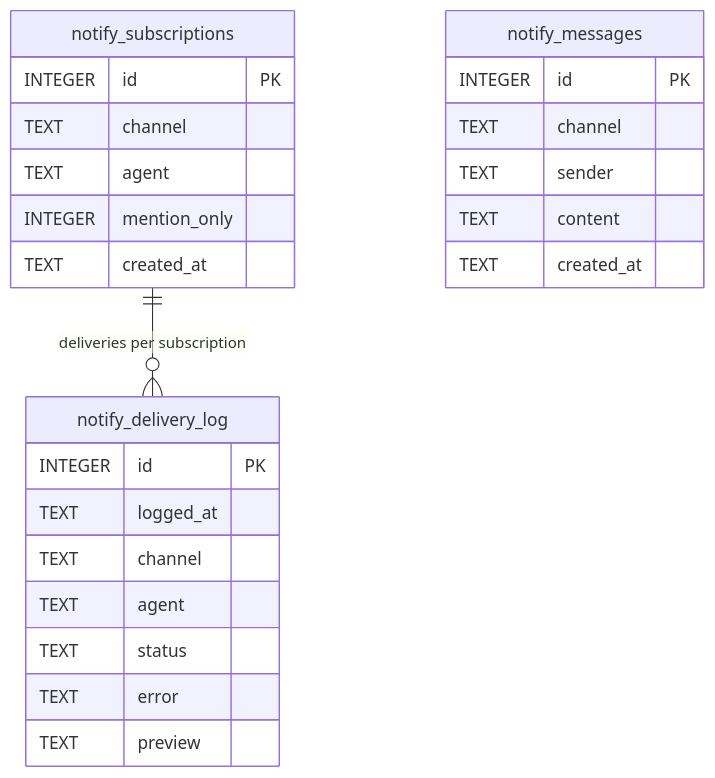
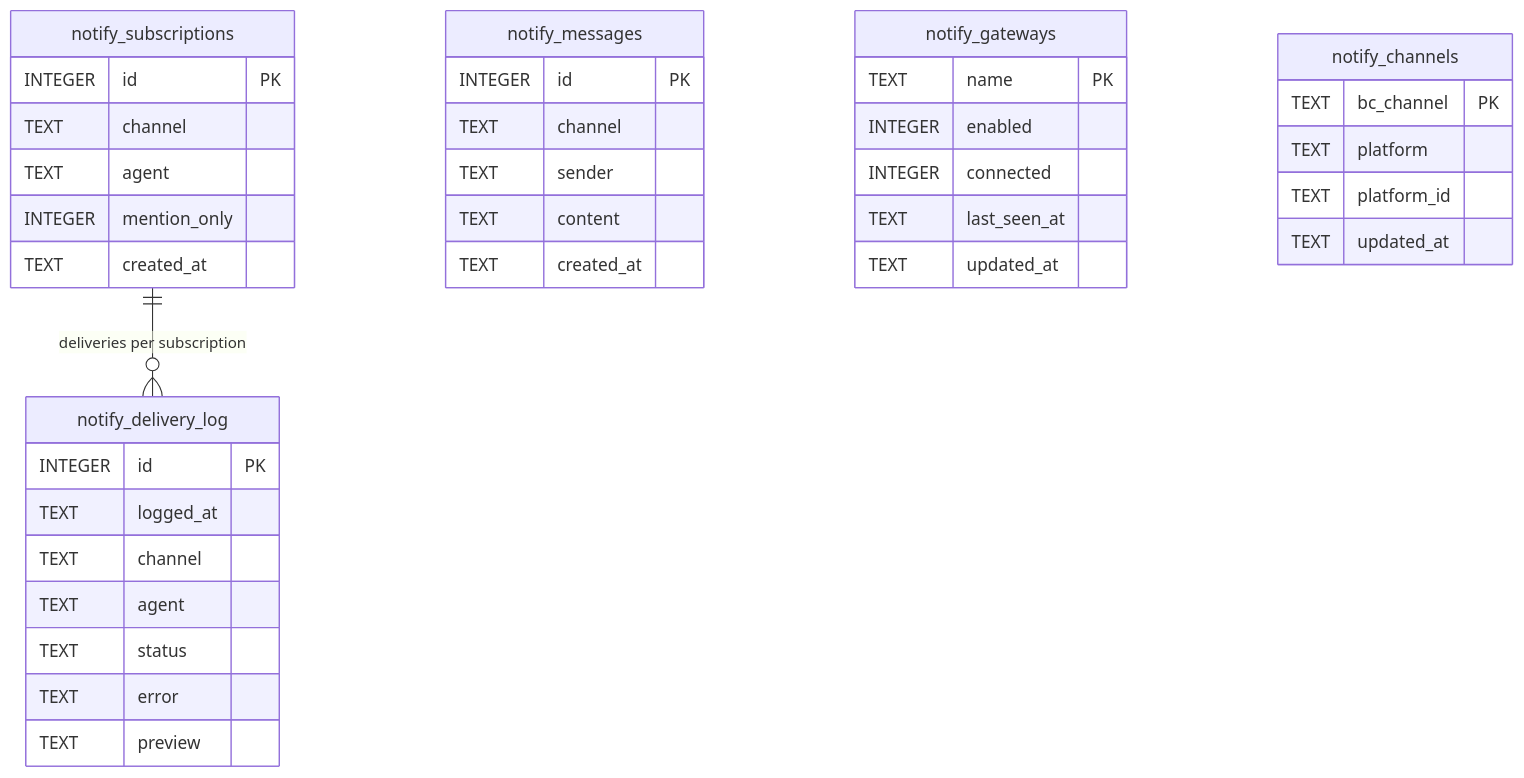
The third of 5 diagrams in docs/architecture/notifications.md (rpuneet/bc), drawn with Mermaid before and after one commit. The commit also changed other lines of this file and 3 other files, not shown here.

````diff
--- a/docs/architecture/notifications.md
+++ b/docs/architecture/notifications.md
@@ -291,30 +294,45 @@
 ```mermaid
 erDiagram
     notify_subscriptions {
         INTEGER id PK
         TEXT channel
         TEXT agent
         INTEGER mention_only
         TEXT created_at
     }
 
     notify_messages {
         INTEGER id PK
         TEXT channel
         TEXT sender
         TEXT content
         TEXT created_at
     }
 
     notify_delivery_log {
         INTEGER id PK
         TEXT logged_at
         TEXT channel
         TEXT agent
         TEXT status
         TEXT error
         TEXT preview
     }
 
     notify_subscriptions ||--o{ notify_delivery_log : "deliveries per subscription"
+
+    notify_gateways {
+        TEXT name PK
+        INTEGER enabled
+        INTEGER connected
+        TEXT last_seen_at
+        TEXT updated_at
+    }
+
+    notify_channels {
+        TEXT bc_channel PK
+        TEXT platform
+        TEXT platform_id
+        TEXT updated_at
+    }
 ```
````
